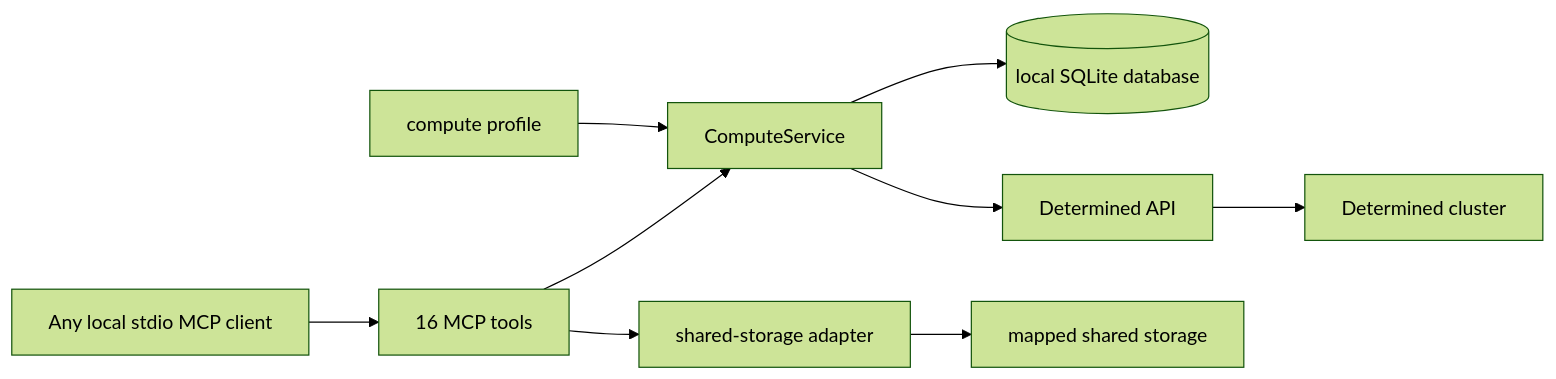
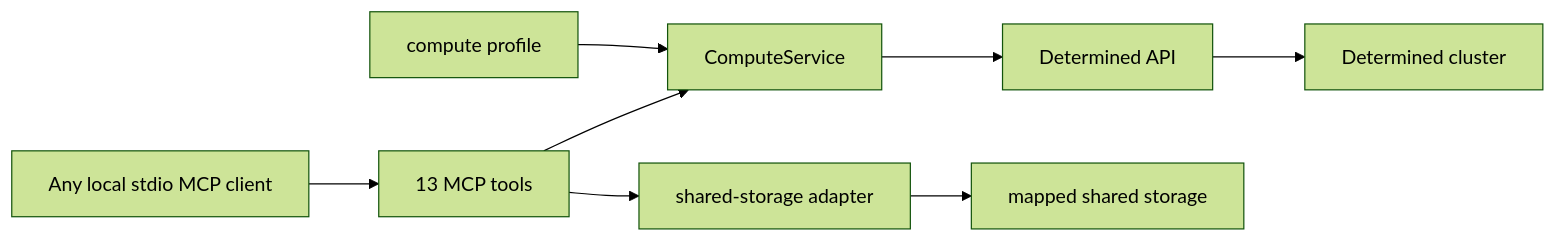
One commit to WU-CVGL/determined_cluster_mcp changed the diagram in docs/compute-service.md. Above: the diagram before and after it, drawn with Mermaid (forest theme). The commit also changed other lines of this file and 41 other files, not shown here.

First line of the commit message:
refactor!: make the MCP stateless (Determined IDs, no task database) (#9)

````diff
--- a/docs/compute-service.md
+++ b/docs/compute-service.md
@@ -11,11 +11,10 @@
 ```mermaid
 flowchart LR
-    U[Any local stdio MCP client] --> M[16 MCP tools]
+    U[Any local stdio MCP client] --> M[13 MCP tools]
     M --> C[ComputeService]
-    C --> D[(local SQLite database)]
     C --> A[Determined API]
     A --> K[Determined cluster]
     P[compute profile] --> C
     M --> S[shared-storage adapter]
     S --> H[mapped shared storage]
 ```
````
